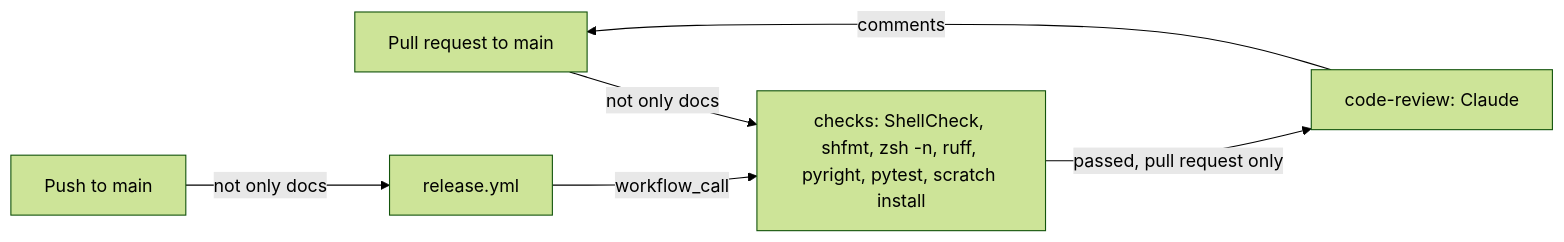
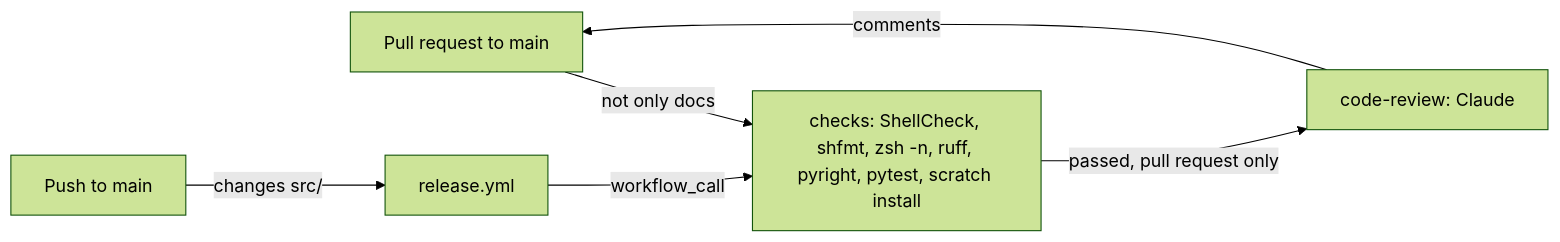
Before and after one commit to froazin/dotfiles: the diagram in docs/ci.md, drawn with Mermaid (forest theme). The commit also changed other lines of this file and 5 other files, not shown here.

First line of the commit message:
ci: Run the release workflow only when src changes (#19)

````diff
--- a/docs/ci.md
+++ b/docs/ci.md
@@ -20,10 +20,10 @@
 ```mermaid
 flowchart LR
     accTitle: The jobs in the CI workflow
-    accDescr: A pull request to main that changes more than docs starts the CI workflow directly. A push to main that changes more than docs starts the release workflow, which calls the CI workflow. The checks job runs the checks from CLAUDE.md and a scratch install. On a pull request only, when the checks pass, the code-review job runs Claude, which comments on the pull request.
+    accDescr: A pull request to main that changes more than docs starts the CI workflow directly. A push to main that changes src/ starts the release workflow, which calls the CI workflow. The checks job runs the checks from CLAUDE.md and a scratch install. On a pull request only, when the checks pass, the code-review job runs Claude, which comments on the pull request.
     pr["Pull request to main"] -->|"not only docs"| checks["checks: ShellCheck, shfmt, zsh -n, ruff, pyright, pytest, scratch install"]
-    push["Push to main"] -->|"not only docs"| release["release.yml"]
+    push["Push to main"] -->|"changes src/"| release["release.yml"]
     release -->|"workflow_call"| checks
     checks -->|"passed, pull request only"| review["code-review: Claude"]
     review -->|comments| pr
 ```
````
